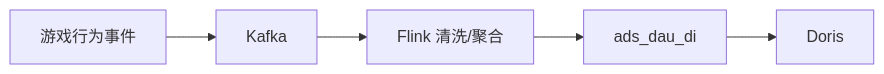
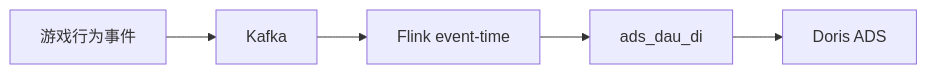
Before and after one commit to tangyf07/GameStream: the diagram in README.md, drawn with Mermaid. The commit also changed other lines of this file and 4 other files, not shown here.

````diff
--- a/README.md
+++ b/README.md
@@ -9,7 +14,7 @@
 ```mermaid
 flowchart LR
   E[游戏行为事件] --> K[Kafka]
-  K --> F[Flink 清洗/聚合]
+  K --> F[Flink event-time]
   F --> M["ads_dau_di"]
-  M --> D[Doris]
+  M --> D[Doris ADS]
 ```
````
